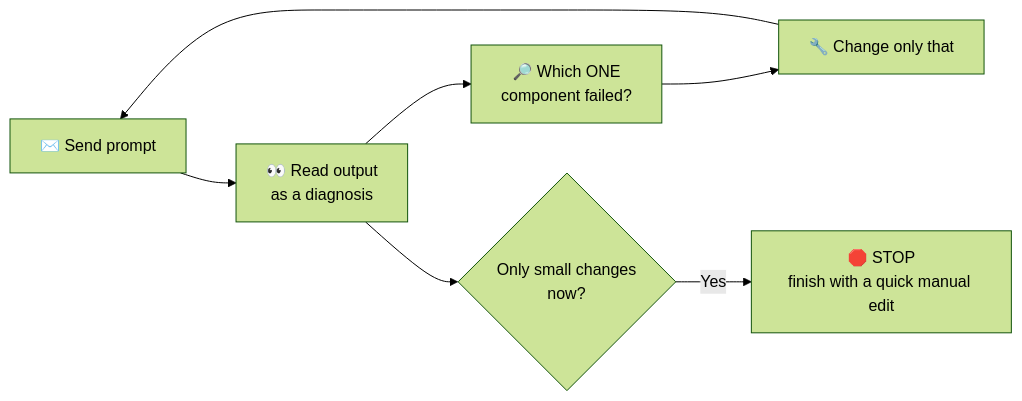
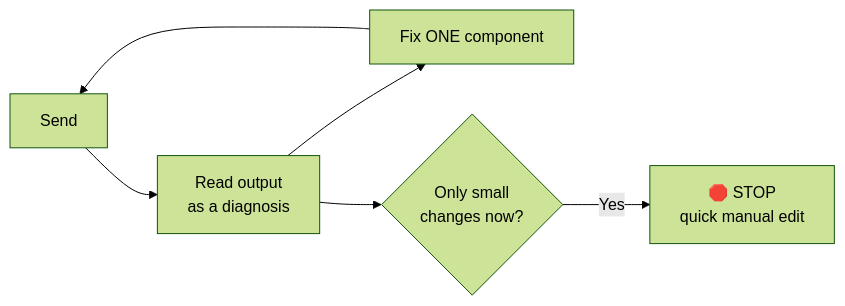
One commit to saurabhSMS1987/Public_Learning-DE-DS-ML-AI changed the fifth of 5 diagrams in 008 CCAO- F Certification Prep/Module-2-Prompting-and-Task-Execution.md. Above: the diagram before and after it, drawn with Mermaid (forest theme). The commit also changed other lines of this file and 1 other file, not shown here.

````diff
--- a/008 CCAO- F Certification Prep/Module-2-Prompting-and-Task-Execution.md
+++ b/008 CCAO- F Certification Prep/Module-2-Prompting-and-Task-Execution.md
@@ -227,9 +121,6 @@
 ```mermaid
 flowchart LR
-    A["✉️ Send prompt"] --> B["👀 Read output<br/>as a diagnosis"]
-    B --> C["🔎 Which ONE<br/>component failed?"]
-    C --> D["🔧 Change only that"]
-    D --> A
-    B --> E{"Only small changes<br/>now?"}
-    E -->|Yes| F["🛑 STOP<br/>finish with a quick manual edit"]
+    A["Send"] --> B["Read output<br/>as a diagnosis"] --> C["Fix ONE component"] --> A
+    B --> D{"Only small<br/>changes now?"}
+    D -->|Yes| E["🛑 STOP<br/>quick manual edit"]
 ```
````
